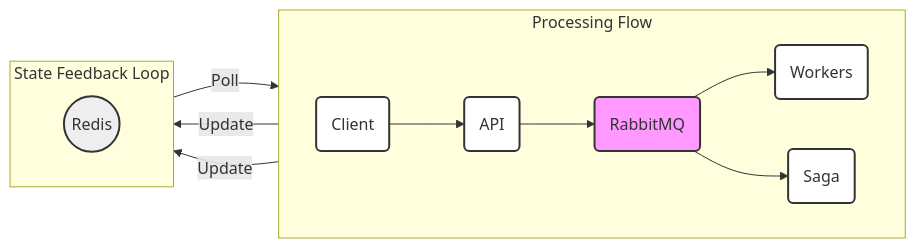
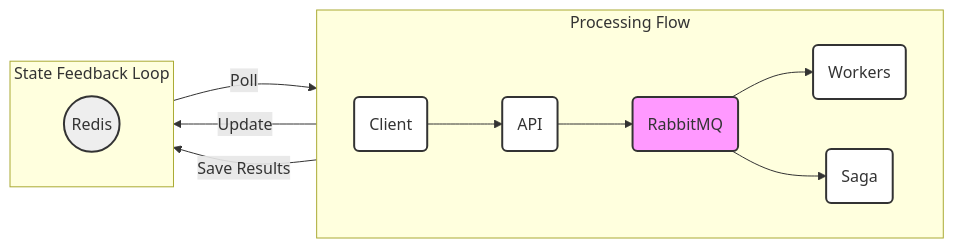
One commit to sanaullahmohammed/DistributedLookup changed the diagram in QUICKSTART.md. Above: the diagram before and after it, drawn with Mermaid. The commit also changed other lines of this file and 4 other files, not shown here.

First line of the commit message:
docs: Document worker base class pattern and storage abstraction architecture

````diff
--- a/QUICKSTART.md
+++ b/QUICKSTART.md
@@ -294,32 +382,32 @@
 ```mermaid
 flowchart LR
     %% Layout Configuration
     %% We use a subgraph to force the Top and Bottom layers
     
     subgraph Top_Layer [Processing Flow]
         direction LR
         Client(Client) --> API(API)
         API --> RMQ(RabbitMQ)
         RMQ --> Workers(Workers)
         RMQ --> Saga(Saga)
     end
 
     subgraph Bottom_Layer [State Feedback Loop]
         direction RL
         Saga -->|Update| Redis((Redis))
-        Workers -->|Update| Redis
+        Workers -->|Save Results| Redis
         Redis -->|Poll| Client
     end
 
     %% Linking the specific vertical transitions if needed for clarity
     %% (The subgraphs handle most of the positioning naturally)
 
     %% Styling
     classDef plain fill:#fff,stroke:#333,stroke-width:2px;
     classDef storage fill:#eee,stroke:#333,stroke-width:2px;
     classDef queue fill:#f9f,stroke:#333,stroke-width:2px;
     
     class Client,API,Workers,Saga plain;
     class Redis storage;
     class RMQ queue;
 ```
````
